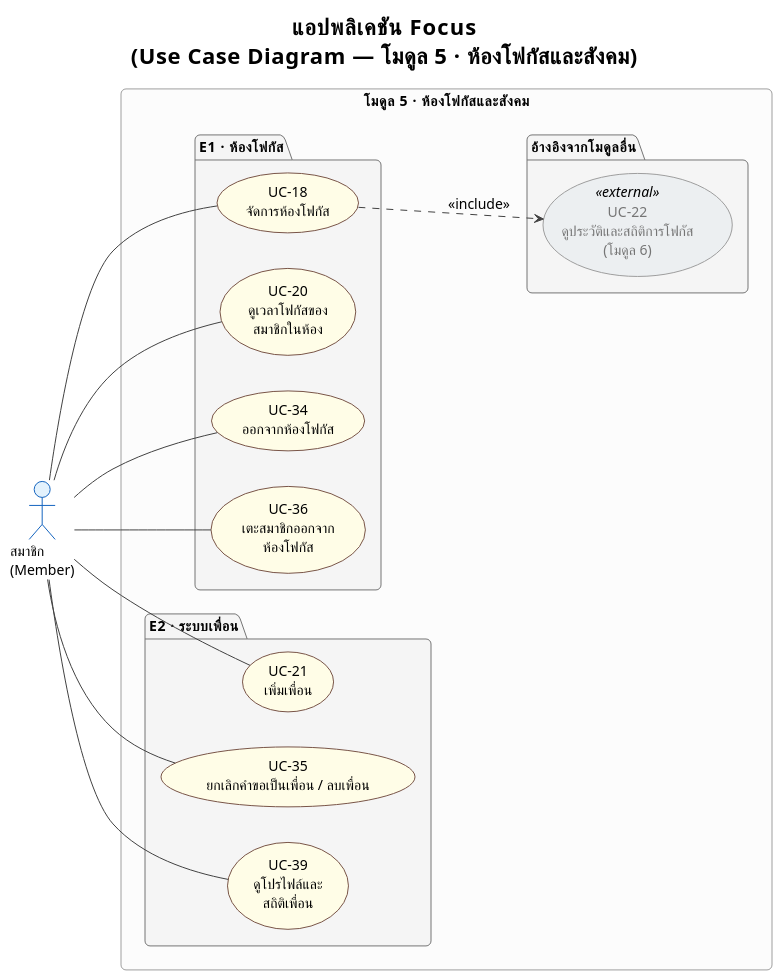
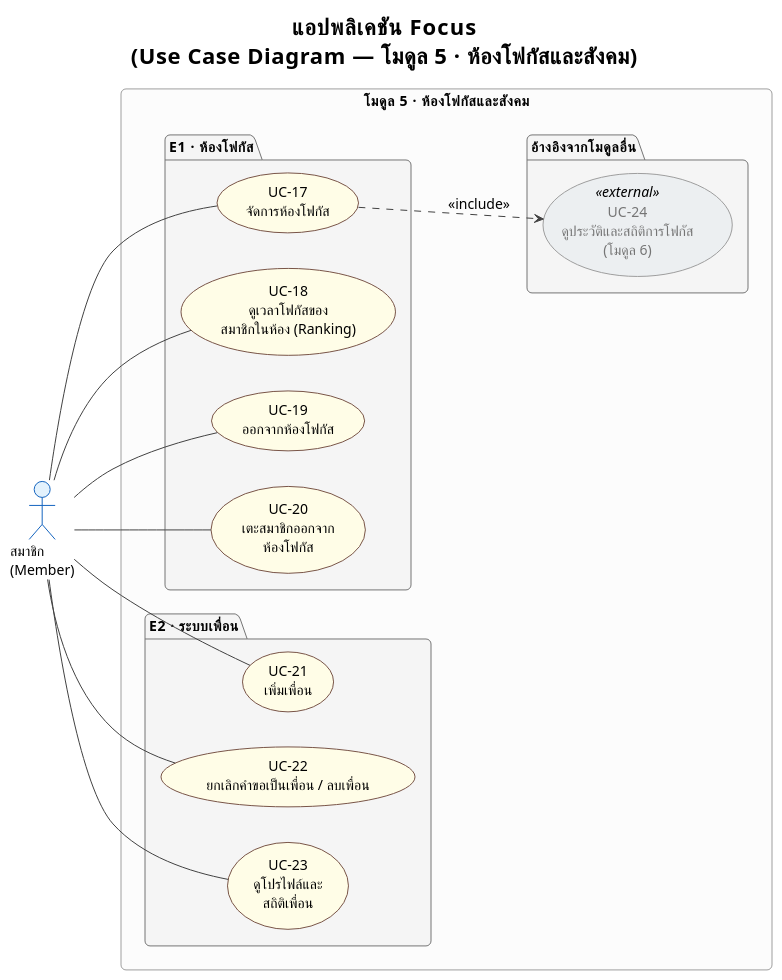
The diagram in proposal/usecase/usecase_module5.puml (popotaroman-cloud/dssiprj-pad), drawn with PlantUML before and after one commit. The commit also changed other lines of this file and 55 other files, not shown here.

```diff
--- a/proposal/usecase/usecase_module5.puml
+++ b/proposal/usecase/usecase_module5.puml
@@ -7,67 +7,68 @@
 @startuml usecase_module5
 !theme plain
 skinparam defaultFontName TH Sarabun New
 skinparam defaultFontSize 14
 skinparam roundcorner 10
 
 skinparam usecase {
   BackgroundColor #FFFDE7
   BorderColor #795548
 }
 skinparam usecase<<external>> {
   BackgroundColor #ECEFF1
   BorderColor #9E9E9E
   FontColor #757575
 }
 skinparam actor {
   BackgroundColor #E3F2FD
   BorderColor #1565C0
 }
 skinparam package {
   BackgroundColor #F5F5F5
   BorderColor #757575
   FontStyle bold
 }
 skinparam rectangle {
   BackgroundColor #FCFCFC
   BorderColor #9E9E9E
 }
 skinparam ArrowColor #424242
 
 title <b>แอปพลิเคชัน Focus</b>\n(Use Case Diagram — โมดูล 5 · ห้องโฟกัสและสังคม)
 
 left to right direction
 
 actor "สมาชิก\n(Member)" as Member
 
 rectangle "โมดูล 5 · ห้องโฟกัสและสังคม" {
   package "E1 · ห้องโฟกัส" {
-    usecase "UC-18\nจัดการห้องโฟกัส" as UC18
-    usecase "UC-20\nดูเวลาโฟกัสของ\nสมาชิกในห้อง" as UC20
-    usecase "UC-34\nออกจากห้องโฟกัส" as UC34
-    usecase "UC-36\nเตะสมาชิกออกจาก\nห้องโฟกัส" as UC36
+    usecase "UC-17\nจัดการห้องโฟกัส" as UC17
+    usecase "UC-18\nดูเวลาโฟกัสของ\nสมาชิกในห้อง (Ranking)" as UC18
+    usecase "UC-19\nออกจากห้องโฟกัส" as UC19
+    usecase "UC-20\nเตะสมาชิกออกจาก\nห้องโฟกัส" as UC20
   }
 
   package "E2 · ระบบเพื่อน" {
     usecase "UC-21\nเพิ่มเพื่อน" as UC21
-    usecase "UC-35\nยกเลิกคำขอเป็นเพื่อน / ลบเพื่อน" as UC35
-    usecase "UC-39\nดูโปรไฟล์และ\nสถิติเพื่อน" as UC39
+    usecase "UC-22\nยกเลิกคำขอเป็นเพื่อน / ลบเพื่อน" as UC22
+    usecase "UC-23\nดูโปรไฟล์และ\nสถิติเพื่อน" as UC23
   }
 
   package "อ้างอิงจากโมดูลอื่น" {
-    usecase "UC-22\nดูประวัติและสถิติการโฟกัส\n(โมดูล 6)" as UC22 <<external>>
+    usecase "UC-24\nดูประวัติและสถิติการโฟกัส\n(โมดูล 6)" as UC24 <<external>>
   }
 }
 
+Member -- UC17
 Member -- UC18
+Member -- UC19
 Member -- UC20
-Member -- UC34
-Member -- UC36
 Member -- UC21
-Member -- UC35
-Member -- UC39
+Member -- UC22
+Member -- UC23
 
-UC18 ..> UC22 : <<include>>
-' หมายเหตุ: UC-34/UC-36 เกี่ยวข้องกับ UC-18 เชิงผลกระทบต่อจำนวนสมาชิกในห้องเท่านั้น
-' ไม่ใช่ <<include>>/<<extend>> เชิง flow (ดู usecase_description.md) จึงไม่วาดเส้นความสัมพันธ์
+UC17 ..> UC24 : <<include>>
+' หมายเหตุ: UC-19/UC-20 เกี่ยวข้องกับ UC-17 เชิงผลกระทบต่อจำนวนสมาชิกในห้องเท่านั้น
+' UC-21 เป็น pre-condition ของ UC-23 (ต้องเป็นเพื่อนกันก่อนถึงจะเปิดดูโปรไฟล์กันได้) ไม่ใช่ include/extend เชิง flow
+' ทั้งหมดไม่ใช่ <<include>>/<<extend>> เชิง flow (ดู usecase_description.md) จึงไม่วาดเส้นความสัมพันธ์เพิ่ม
 @enduml
```
